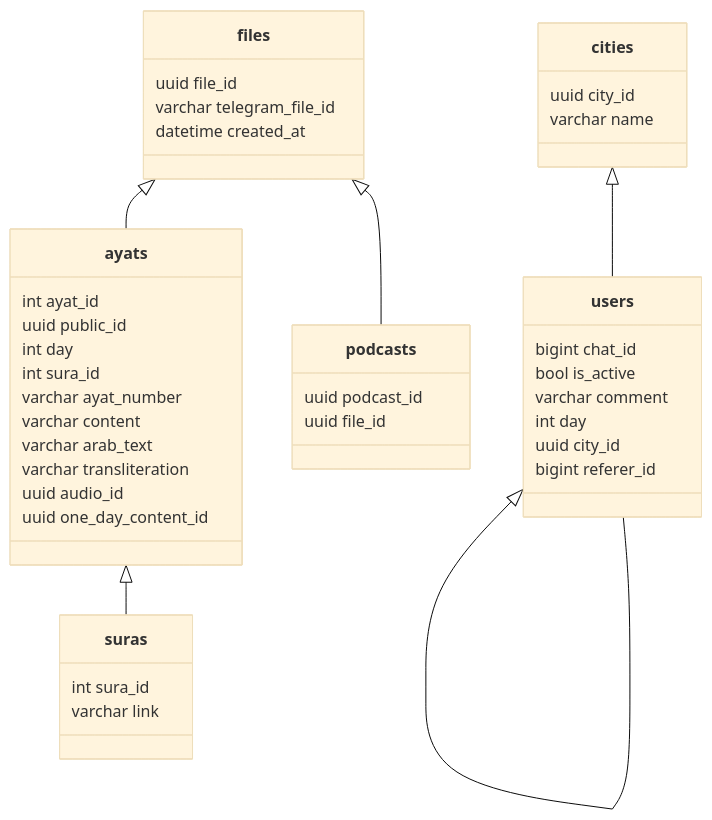
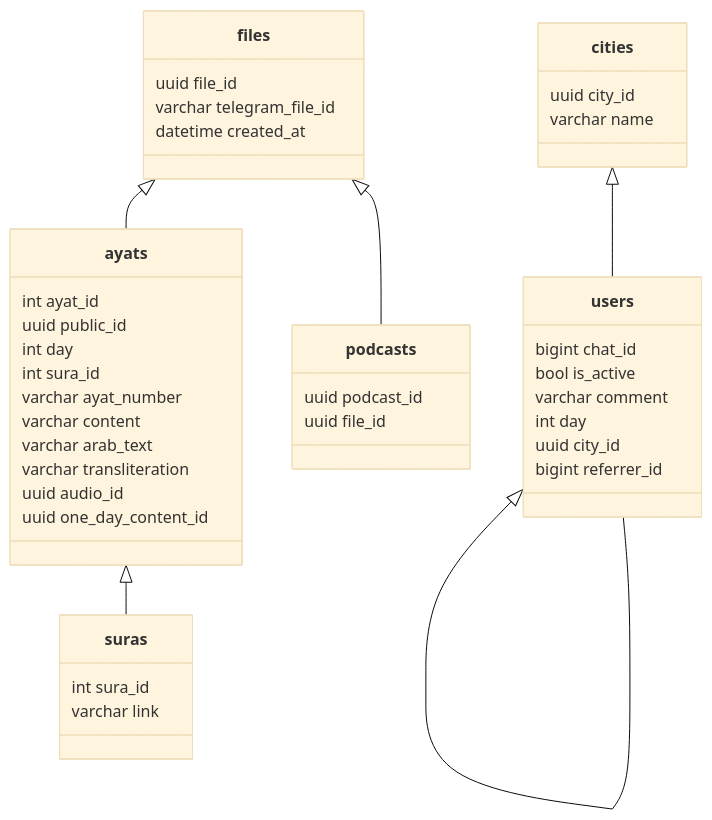
One commit to blablatdinov/tg-quranbot changed the diagram in docs/db_schema_specification.md. Above: the diagram before and after it, drawn with Mermaid (base theme). The commit also changed 5 other files, not shown here.

````diff
--- a/docs/db_schema_specification.md
+++ b/docs/db_schema_specification.md
@@ -3,45 +3,45 @@
 ```mermaid
 classDiagram
     files <|-- ayats
     files <|-- podcasts
     users <|-- users
     ayats <|-- suras
     cities <|-- users
     class ayats{
         int ayat_id
         uuid public_id
         int day
         int sura_id
         varchar ayat_number
         varchar content
         varchar arab_text
         varchar transliteration
         uuid audio_id
         uuid one_day_content_id
     }
     class suras{
         int sura_id
         varchar link
     }
     class files{
         uuid file_id
         varchar telegram_file_id
         datetime created_at
     }
     class users{
         bigint chat_id
         bool is_active
         varchar comment
         int day
         uuid city_id
-        bigint referer_id
+        bigint referrer_id
     }
     class cities{
         uuid city_id
         varchar name
     }
     class podcasts{
         uuid podcast_id
         uuid file_id
     }
 ```
````
